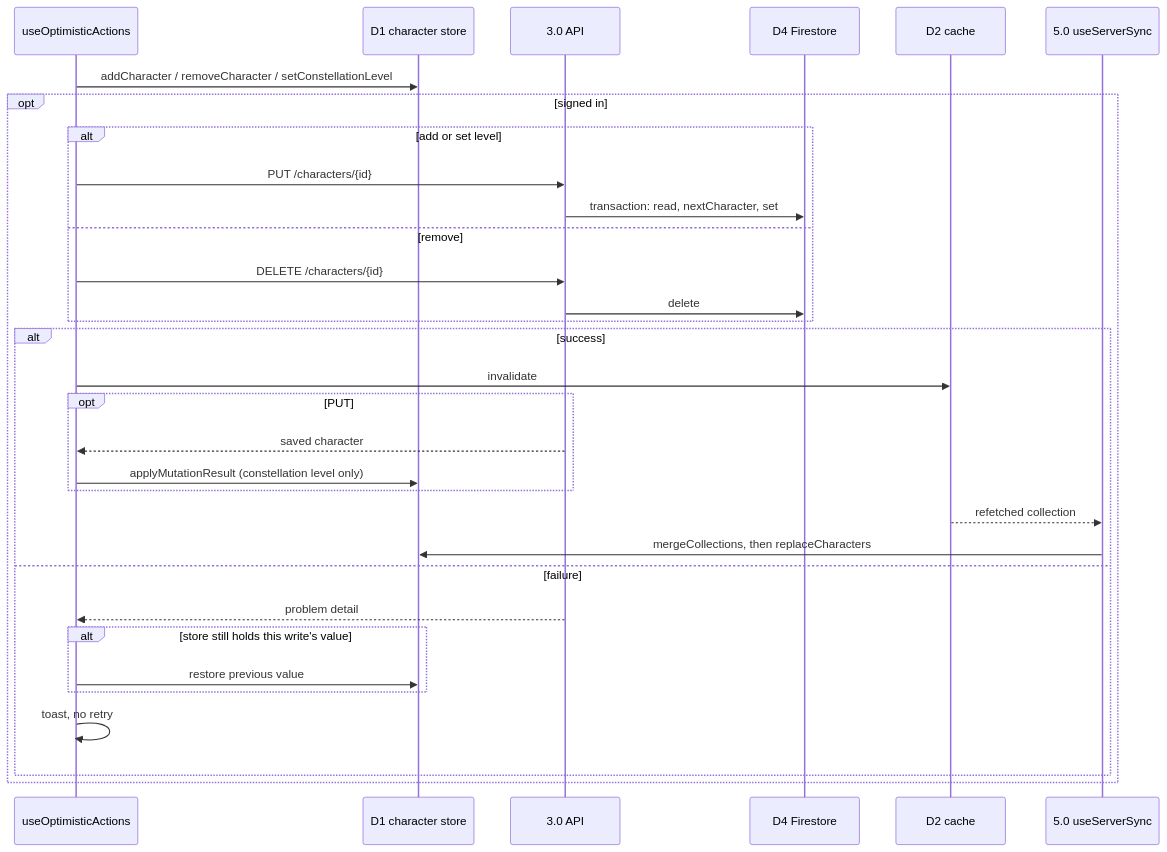
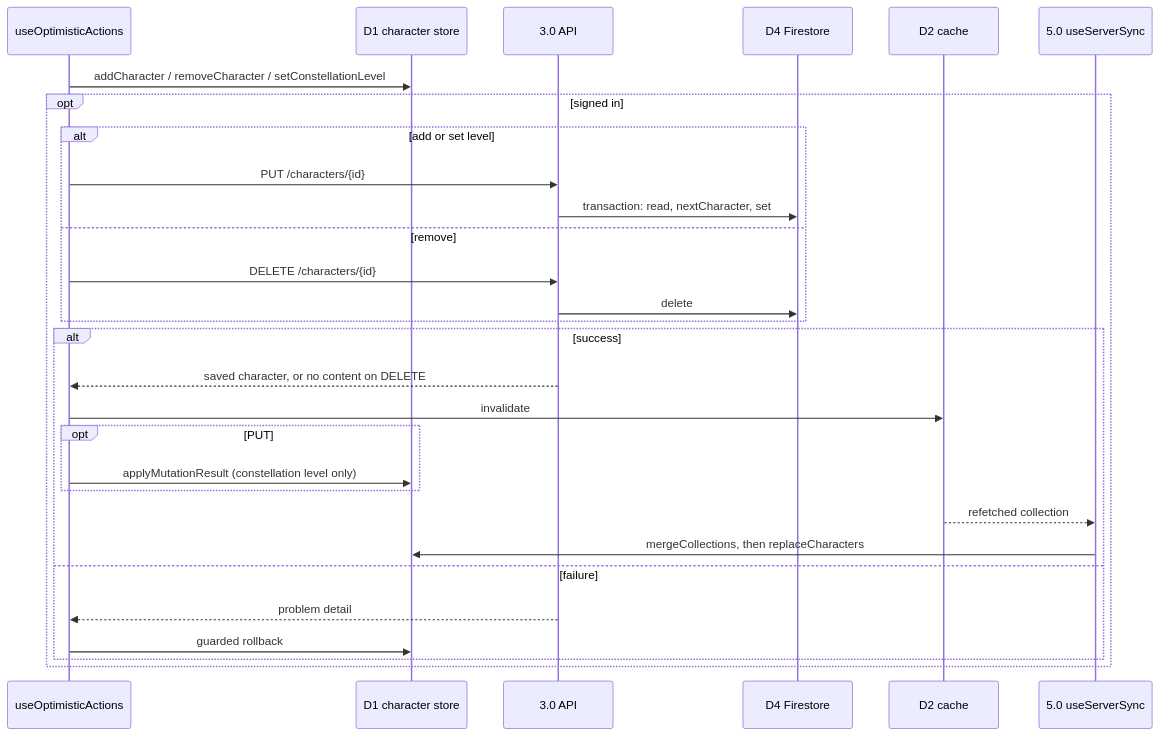
One commit to dungeon-studio/genshin.dungeon.studio changed the third of 6 diagrams in docs/reference/data-flow.md. Above: the diagram before and after it, drawn with Mermaid. The commit also changed other lines of this file, not shown here.

First line of the commit message:
docs: name the guarded rollback once in data flow

````diff
--- a/docs/reference/data-flow.md
+++ b/docs/reference/data-flow.md
@@ -151,35 +155,32 @@
 ```mermaid
 sequenceDiagram
   participant Hook as useOptimisticActions
   participant Store as D1 character store
   participant API as 3.0 API
   participant FS as D4 Firestore
   participant Cache as D2 cache
   participant Reconcile as 5.0 useServerSync
 
   Hook->>Store: addCharacter / removeCharacter / setConstellationLevel
   opt signed in
     alt add or set level
       Hook->>API: PUT /characters/{id}
       API->>FS: transaction: read, nextCharacter, set
     else remove
       Hook->>API: DELETE /characters/{id}
       API->>FS: delete
     end
     alt success
+      API-->>Hook: saved character, or no content on DELETE
       Hook->>Cache: invalidate
       opt PUT
-        API-->>Hook: saved character
         Hook->>Store: applyMutationResult (constellation level only)
       end
       Cache-->>Reconcile: refetched collection
       Reconcile->>Store: mergeCollections, then replaceCharacters
     else failure
       API-->>Hook: problem detail
-      alt store still holds this write's value
-        Hook->>Store: restore previous value
-      end
-      Hook->>Hook: toast, no retry
+      Hook->>Store: guarded rollback
     end
   end
 ```
````
